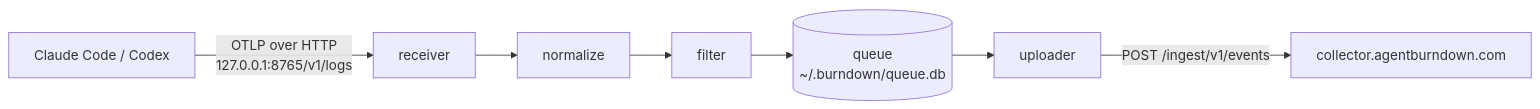
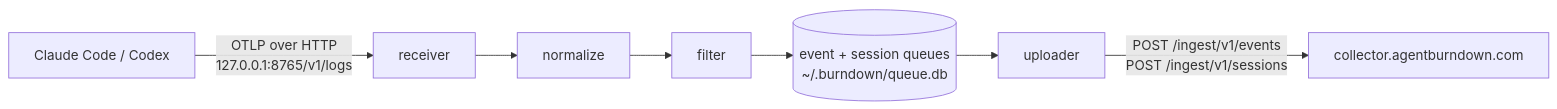
The diagram in docs/architecture.md (agent-burn-down/desktop-client), drawn with Mermaid before and after one commit. The commit also changed other lines of this file and 13 other files, not shown here.

````diff
--- a/docs/architecture.md
+++ b/docs/architecture.md
@@ -7,9 +7,9 @@
 ```mermaid
 flowchart LR
     A["Claude Code / Codex"] -->|"OTLP over HTTP<br/>127.0.0.1:8765/v1/logs"| R[receiver]
     R --> N[normalize]
     N --> F[filter]
-    F --> Q[("queue<br/>~/.burndown/queue.db")]
+    F --> Q[("event + session queues<br/>~/.burndown/queue.db")]
     Q --> U[uploader]
-    U -->|"POST /ingest/v1/events"| B["collector.agentburndown.com"]
+    U -->|"POST /ingest/v1/events<br/>POST /ingest/v1/sessions"| B["collector.agentburndown.com"]
 ```
````
